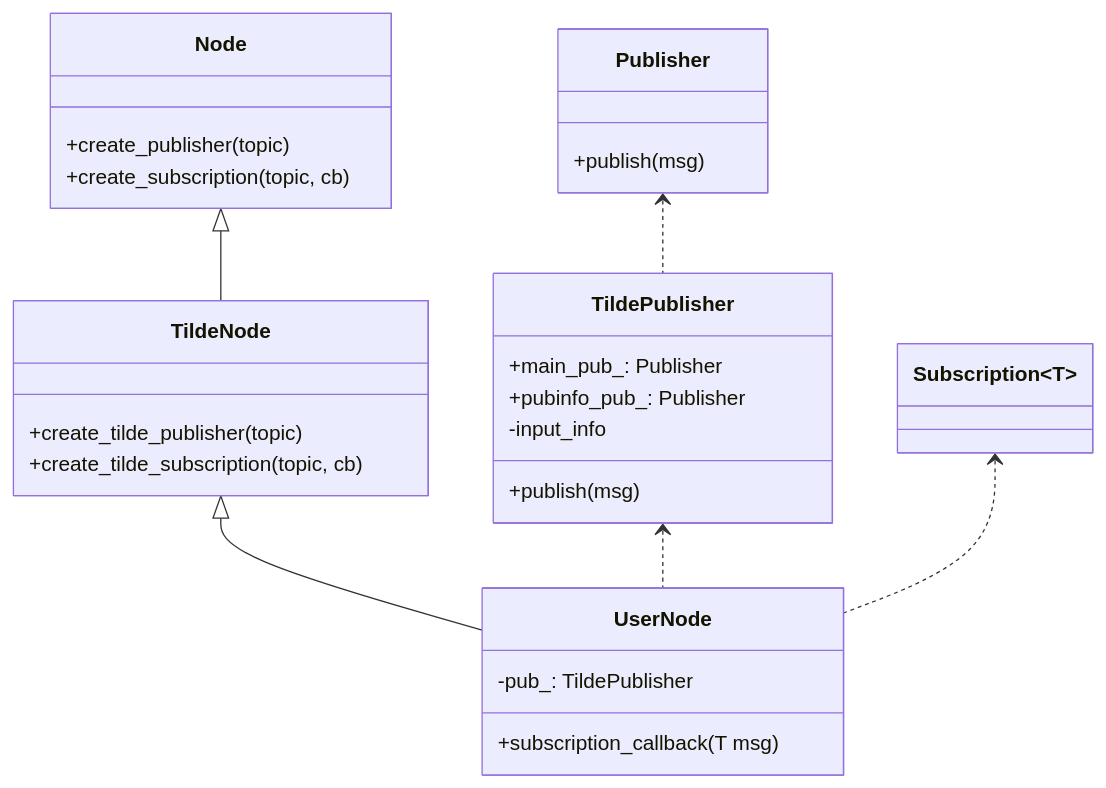
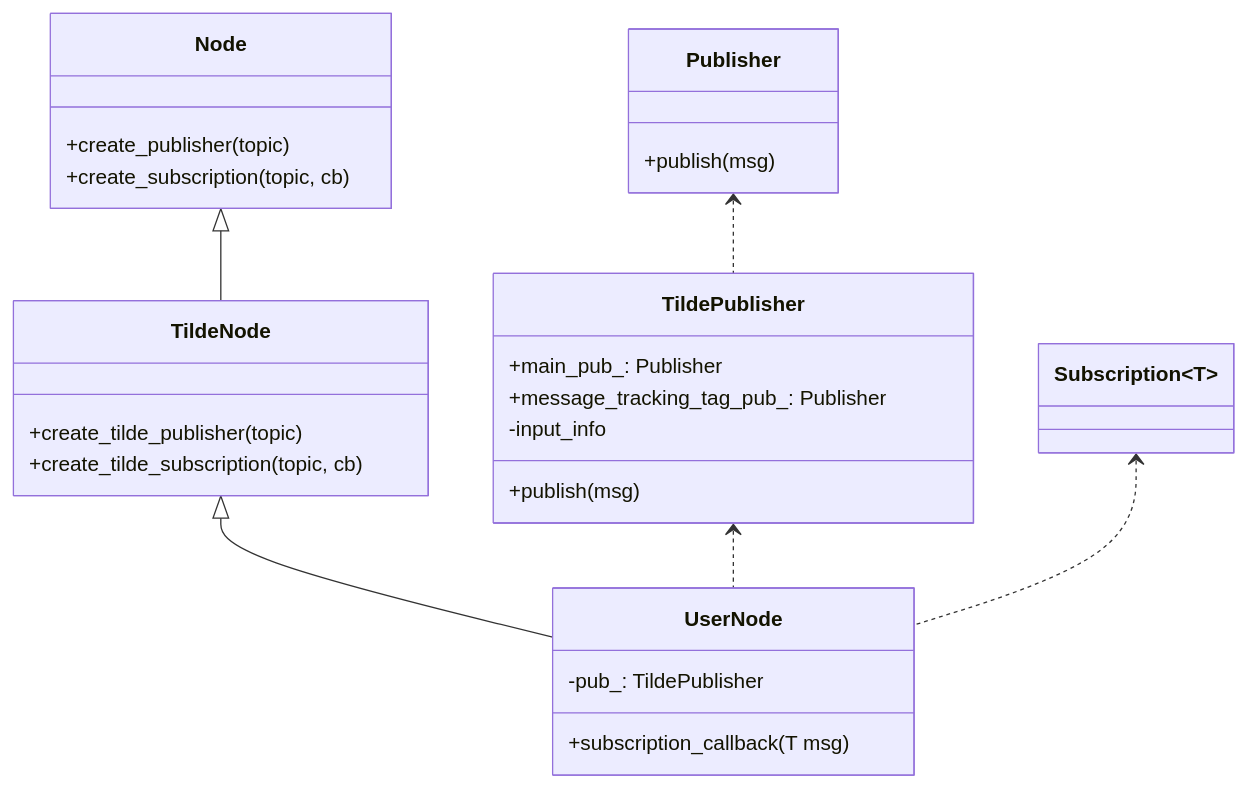
One commit to tier4/TILDE changed the fourth of 7 diagrams in doc/mechanism.md. Above: the diagram before and after it, drawn with Mermaid. The commit also changed other lines of this file and 39 other files, not shown here.

````diff
--- a/doc/mechanism.md
+++ b/doc/mechanism.md
@@ -181,32 +181,32 @@
 ```mermaid
 classDiagram
   Node <|-- TildeNode
   Publisher <.. TildePublisher
   TildeNode <|-- UserNode
   TildePublisher <.. UserNode
   Subscription~T~ <.. UserNode
 
   class Node{
     +create_publisher(topic)
     +create_subscription(topic, cb)
   }
   class TildeNode{
     +create_tilde_publisher(topic)
     +create_tilde_subscription(topic, cb)
   }
   class Publisher~T~ {
     +publish(msg)
   }
   class TildePublisher {
     +publish(msg)
     +main_pub_: Publisher<T>
-    +pubinfo_pub_: Publisher<PubInfo>
+    +message_tracking_tag_pub_: Publisher<MessageTrackingTag>
     -input_info
   }
   class Subscription~T~ {
   }
   class UserNode {
     +subscription_callback(T msg)
       -pub_: TildePublisher<T>
   }
 ```
````
